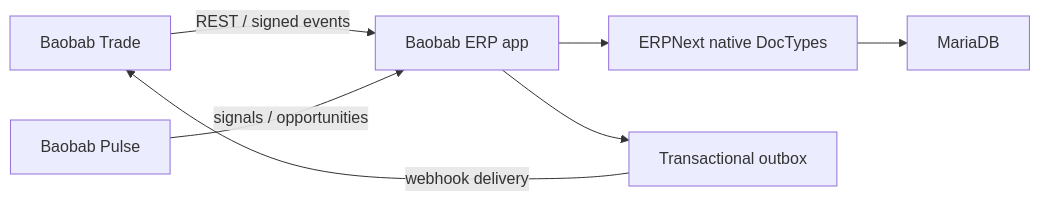
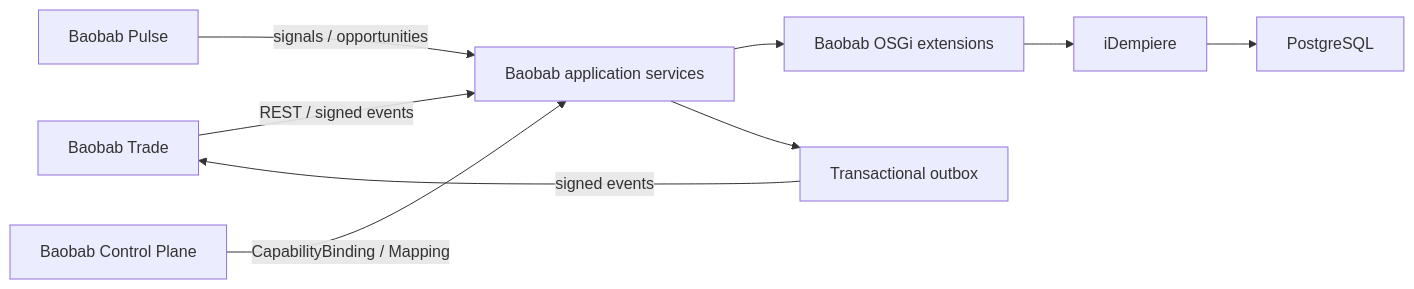
Before and after one commit to nabhold/baobab-erp: the diagram in README.md, drawn with Mermaid. The commit also changed other lines of this file and 149 other files, not shown here.

````diff
--- a/README.md
+++ b/README.md
@@ -20,9 +25,11 @@
 ```mermaid
 flowchart LR
-    Trade["Baobab Trade"] -->|"REST / signed events"| App["Baobab ERP app"]
+    Trade["Baobab Trade"] -->|"REST / signed events"| App["Baobab application services"]
     Pulse["Baobab Pulse"] -->|"signals / opportunities"| App
-    App --> ERP["ERPNext native DocTypes"]
+    CP["Baobab Control Plane"] -->|"CapabilityBinding / Mapping"| App
+    App --> Ext["Baobab OSGi extensions"]
+    Ext --> ERP["iDempiere"]
+    ERP --> DB["PostgreSQL"]
     App --> Outbox["Transactional outbox"]
-    ERP --> DB["MariaDB"]
-    Outbox -->|"webhook delivery"| Trade
+    Outbox -->|"signed events"| Trade
 ```
````
